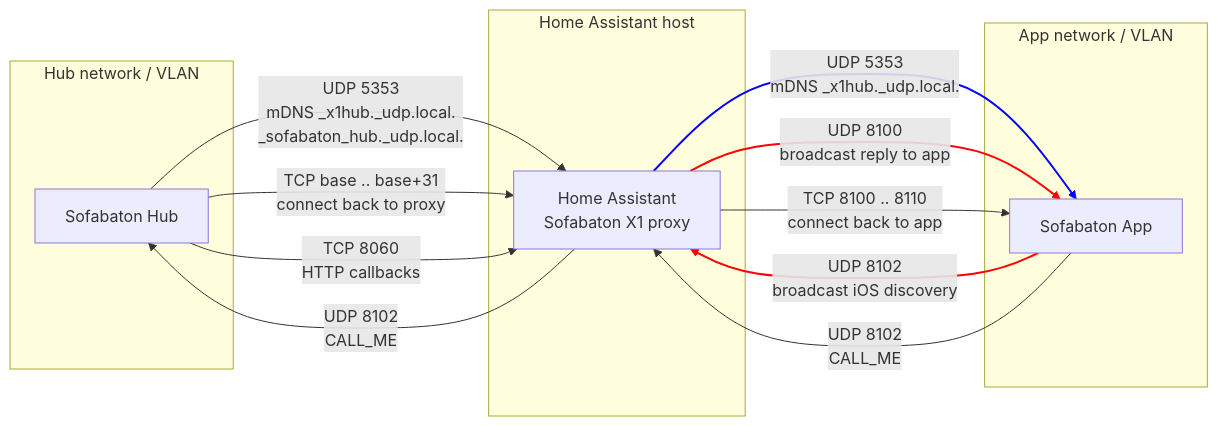
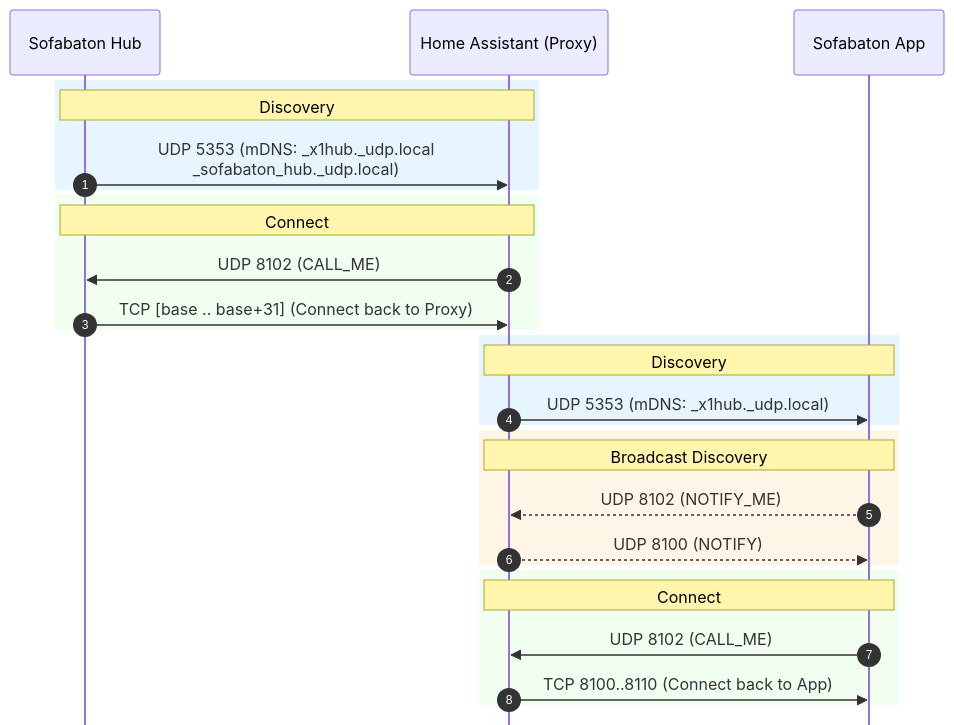
Before and after one commit to m3tac0de/home-assistant-sofabaton-x1s: the diagram in docs/networking.md, drawn with Mermaid. The commit also changed other lines of this file, not shown here.

Commit message:
Revise networking.md with updated diagrams and notes
Updated networking diagram and notes for clarity.

````diff
--- a/docs/networking.md
+++ b/docs/networking.md
@@ -5,45 +5,36 @@
 ```mermaid
-graph LR
-    subgraph VLAN_HUB [Hub network / VLAN]
-      Hub[Sofabaton Hub]
+%%{init: { 'theme': 'default', 'sequence': { 'messageMargin': 10, 'boxMargin': 5, 'noteMargin': 5, 'mirrorActors': false }}}%%
+sequenceDiagram
+    autonumber
+    participant Hub as Sofabaton Hub
+    participant HA as Home Assistant (Proxy)
+    participant App as Sofabaton App
+
+    rect rgb(230, 245, 255)
+        Note over Hub, HA: Discovery
+        Hub->>HA: UDP 5353 (mDNS: _x1hub._udp.local <br/> _sofabaton_hub._udp.local)
     end
 
-    subgraph VLAN_HA [Home Assistant host]
-      HA[Home Assistant<br>Sofabaton X1 proxy]
+    rect rgb(240, 255, 240)
+        Note over Hub, HA: Connect
+        HA->>Hub: UDP 8102 (CALL_ME)
+        Hub->>HA: TCP [base .. base+31] (Connect back to Proxy)
     end
 
-    subgraph VLAN_APP [App network / VLAN]
-      App[Sofabaton App]
+    rect rgb(230, 245, 255)
+        Note over HA, App: Discovery
+        HA->>App: UDP 5353 (mDNS: _x1hub._udp.local)
     end
 
-    %% Hub <-> Proxy (Segment 1)
-    Hub -->|UDP 5353<br>mDNS _x1hub._udp.local.<br>_sofabaton_hub._udp.local.| HA
-    HA -->|UDP 8102<br>CALL_ME| Hub
-    Hub -->|TCP base .. base+31<br>connect back to proxy| HA
-    Hub -->|TCP 8060<br>HTTP callbacks| HA
+    rect rgb(255, 245, 230)
+        Note over App, HA: Broadcast Discovery
+        App-->>HA: UDP 8102 (NOTIFY_ME)
+        HA-->>App: UDP 8100 (NOTIFY)
+    end
 
-    %% App discovery via mDNS
-    HA -->|UDP 5353<br>mDNS _x1hub._udp.local.| App
-
-    %% iOS specific UDP broadcast discovery
-    App -->|UDP 8102<br>broadcast iOS discovery| HA
-    HA -->|UDP 8100<br>broadcast reply to app| App
-
-    %% App connect and control
-    App -->|UDP 8102<br>CALL_ME| HA
-    HA -->|TCP 8100 .. 8110<br>connect back to app| App
-
-    %% linkStyle indexes are 0-based in order of the edges above
-    %% 0: Hub->HA mDNS
-    %% 1: HA->Hub CALL_ME
-    %% 2: Hub->HA TCP
-    %% 3: HA->App mDNS
-    %% 4: App->HA iOS broadcast
-    %% 5: HA->App iOS reply
-    %% 6: App->HA CALL_ME
-    %% 7: HA->App TCP 8100-8110
-
-    linkStyle 4 stroke:#0000ff,stroke-width:2px;
-    linkStyle 5 stroke:#ff0000,stroke-width:2px;
-    linkStyle 6 stroke:#ff0000,stroke-width:2px;
+    rect rgb(240, 255, 240)
+        Note over App, HA: Connect
+        App->>HA: UDP 8102 (CALL_ME)
+        HA->>App: TCP 8100..8110 (Connect back to App)
+    end
 ```
````
